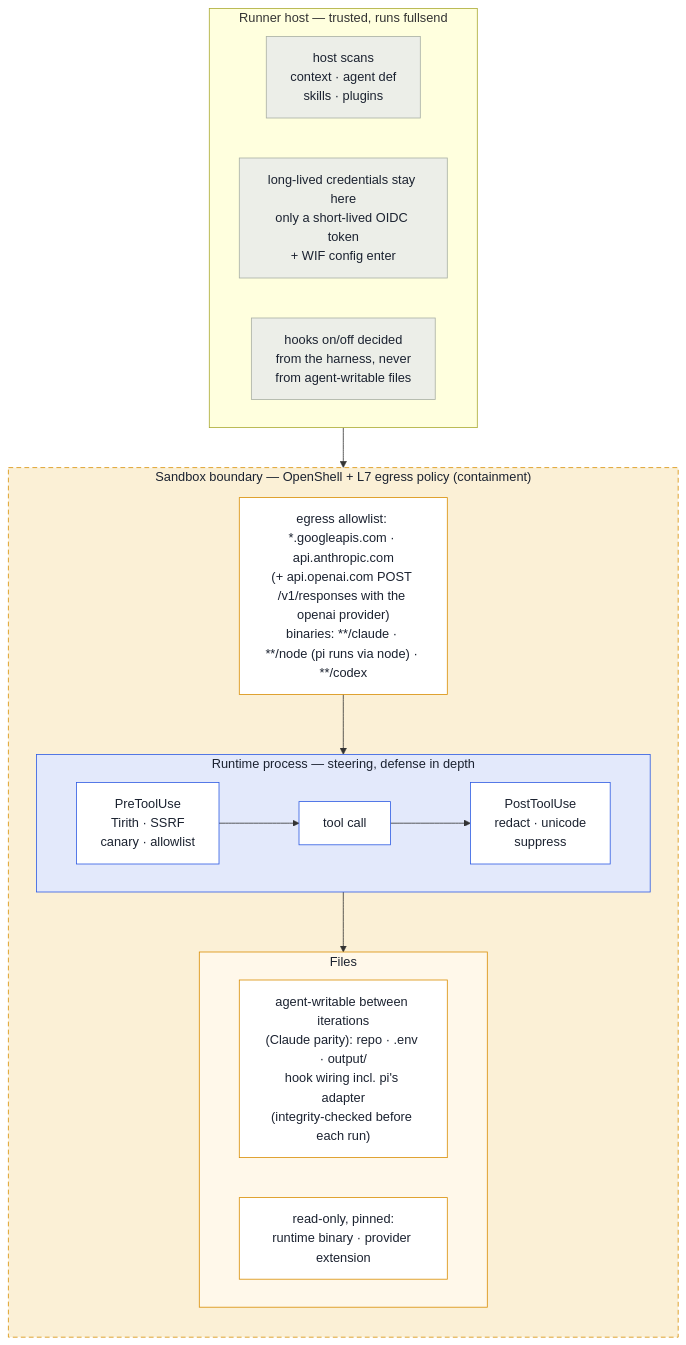
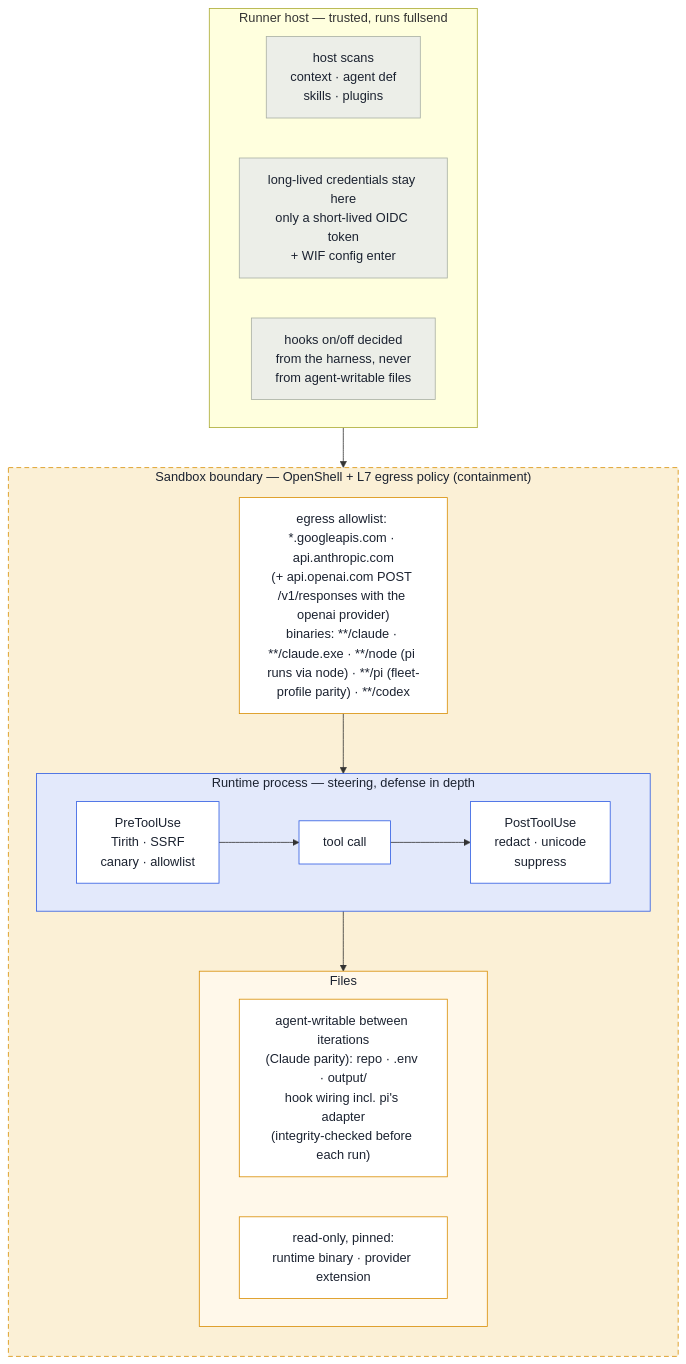
Before and after one commit to dhshah13/fullsend: the first of 3 diagrams in docs/contributing/runtime-implementation.md, drawn with Mermaid. The commit also changed 4 other files, not shown here.

First line of the commit message:
fix(scaffold): allow claude.exe and pi on the Vertex profile

````diff
--- a/docs/contributing/runtime-implementation.md
+++ b/docs/contributing/runtime-implementation.md
@@ -48,36 +48,36 @@
 ```mermaid
 flowchart TB
   subgraph HOST["Runner host — trusted, runs fullsend"]
     direction LR
     SCAN["host scans\ncontext · agent def\nskills · plugins"]
     CRED["long-lived credentials stay here\nonly a short-lived OIDC token\n+ WIF config enter"]
     SIG["hooks on/off decided\nfrom the harness, never\nfrom agent-writable files"]
   end
   subgraph SB["Sandbox boundary — OpenShell + L7 egress policy (containment)"]
     direction TB
-    EG["egress allowlist: *.googleapis.com · api.anthropic.com\n(+ api.openai.com POST /v1/responses with the openai provider)\nbinaries: **/claude · **/node (pi runs via node) · **/codex"]
+    EG["egress allowlist: *.googleapis.com · api.anthropic.com\n(+ api.openai.com POST /v1/responses with the openai provider)\nbinaries: **/claude · **/claude.exe · **/node (pi runs via node) · **/pi (fleet-profile parity) · **/codex"]
     subgraph PROC["Runtime process — steering, defense in depth"]
       direction LR
       PRE["PreToolUse\nTirith · SSRF\ncanary · allowlist"]
       TOOL["tool call"]
       POST["PostToolUse\nredact · unicode\nsuppress"]
       PRE --> TOOL --> POST
     end
     subgraph FS["Files"]
       direction LR
       WR["agent-writable between iterations\n(Claude parity): repo · .env · output/\nhook wiring incl. pi's adapter\n(integrity-checked before each run)"]
       RO["read-only, pinned:\nruntime binary · provider extension"]
     end
     EG --> PROC --> FS
   end
   HOST --> SB
   style SB fill:#fbf0d6,stroke:#d98e04,stroke-dasharray:6 4,color:#1b2230
   style PROC fill:#e3e9fb,stroke:#2d5be3,color:#1b2230
   style FS fill:#fff8ea,stroke:#d98e04,color:#1b2230
   classDef boundary fill:#fff,stroke:#d98e04,color:#1b2230;
   classDef steer fill:#fff,stroke:#2d5be3,color:#1b2230;
   classDef host fill:#eceee8,stroke:#a9afa4,color:#1b2230;
   class EG,WR,RO boundary;
   class PRE,TOOL,POST steer;
   class SCAN,CRED,SIG host;
 ```
````
